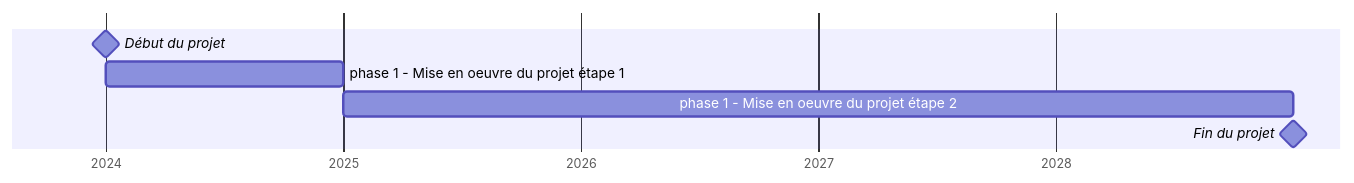
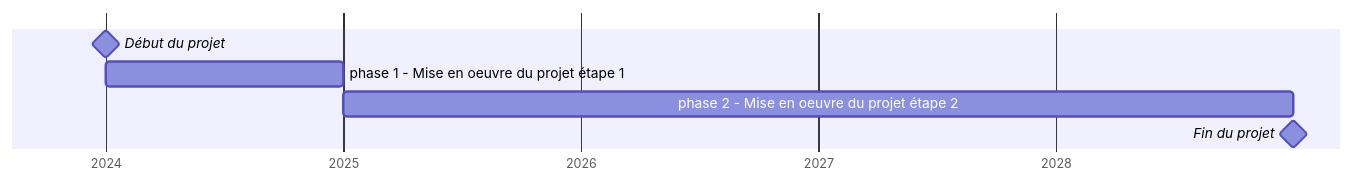
One commit to abes-esr/projet2024 changed the diagram in versioned_docs/version-2.2/projet2024-calendrier.md. Above: the diagram before and after it, drawn with Mermaid. The commit also changed 1 other file, not shown here.

Commit message:
fix: ajustement date et v2.2

````diff
--- a/versioned_docs/version-2.2/projet2024-calendrier.md
+++ b/versioned_docs/version-2.2/projet2024-calendrier.md
@@ -9,11 +9,11 @@
 ```mermaid
 gantt
     tickInterval  6month
     axisFormat %Y
     dateFormat YYYY-MM-DD
 
     Début du projet         :milestone,2024-01-01,0d
       phase 1 - Mise en oeuvre du projet étape 1    :2024-01-01,2024-12-31
-      phase 1 - Mise en oeuvre du projet étape 2    :2025-01-01,2028-12-31
+      phase 2 - Mise en oeuvre du projet étape 2    :2025-01-01,2028-12-31
     Fin du projet           :milestone,2028-12-31,0d
 ```
````
